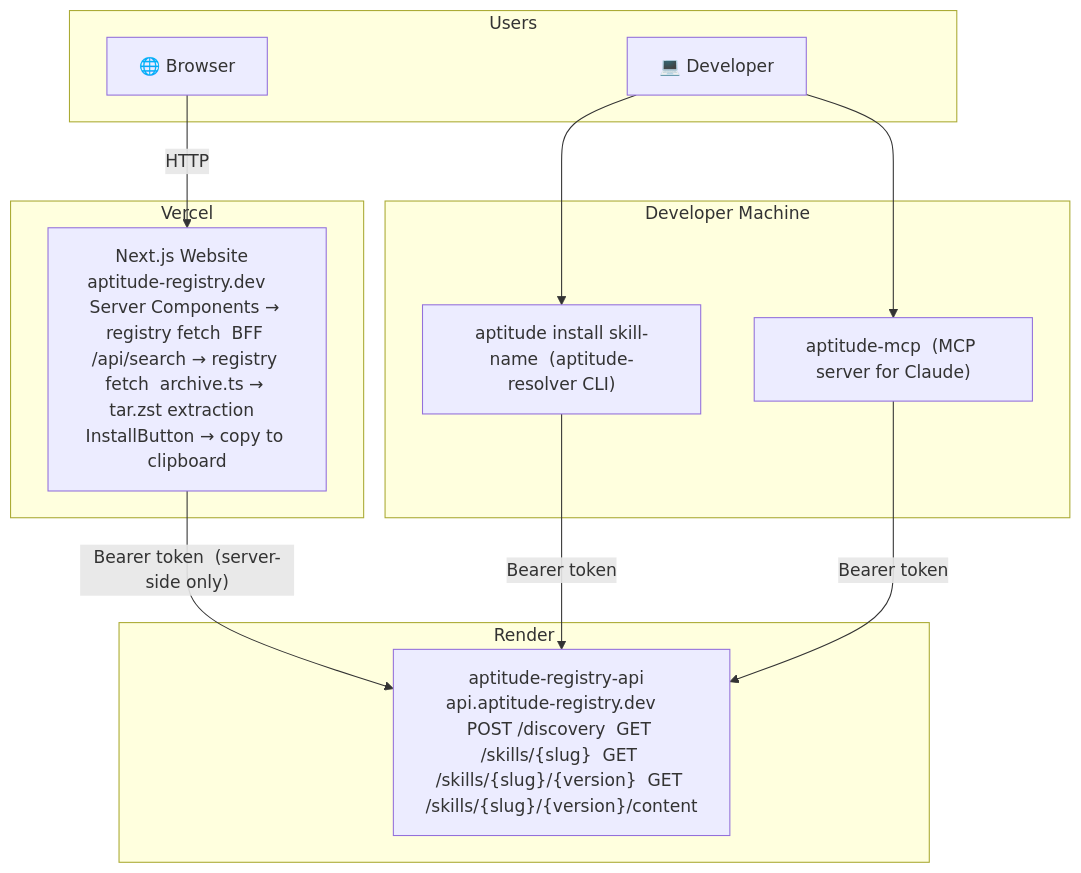
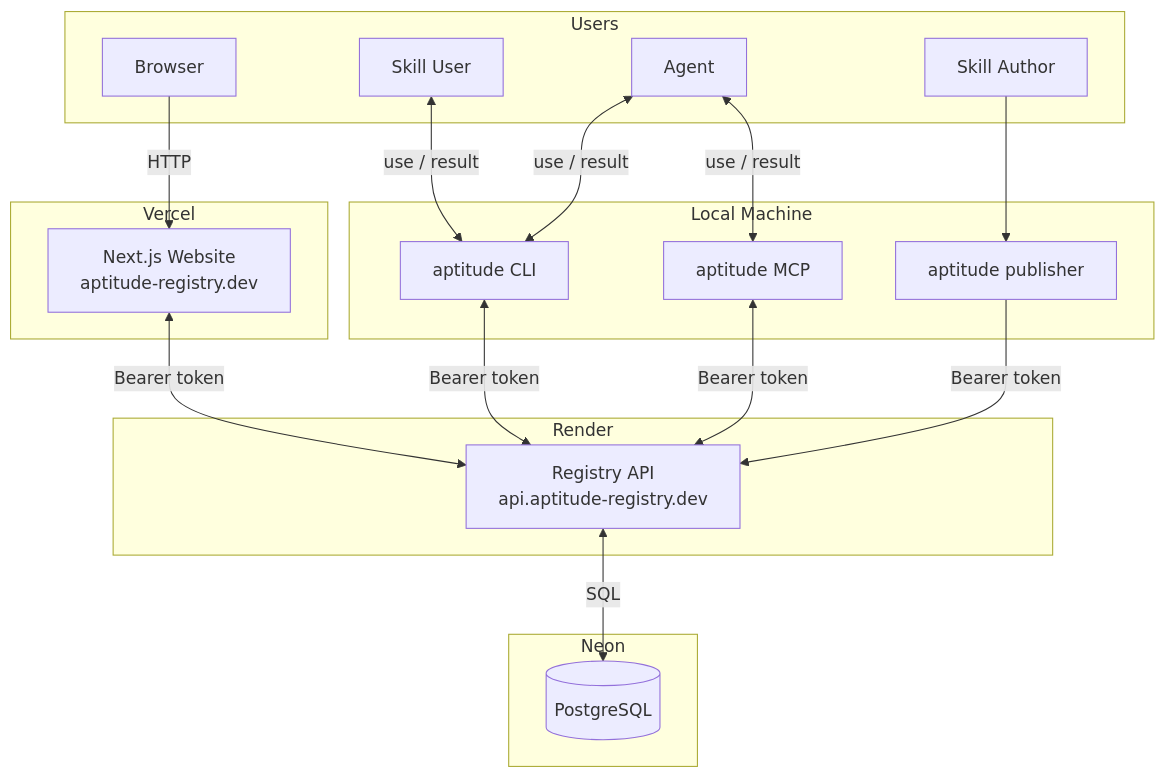
Before and after one commit to aptitude-stack/docs: the first of 3 diagrams in high-level-design.md, drawn with Mermaid. The commit also changed other lines of this file and 102 other files, not shown here.

````diff
--- a/high-level-design.md
+++ b/high-level-design.md
@@ -100,28 +31,39 @@
 ```mermaid
 graph TB
-    subgraph Users
-        Browser["🌐 Browser"]
-        Dev["💻 Developer"]
+    subgraph Users["Users"]
+        Browser["Browser"]
+        SkillUser["Skill User"]
+        Agent["Agent"]
+        SkillAuthor["Skill Author"]
+    end
+
+    subgraph Local["Local Machine"]
+        CLI["aptitude CLI"]
+        MCP["aptitude MCP"]
+        Publisher["aptitude publisher"]
+    end
+
+    subgraph Render["Render"]
+        Registry["Registry API\napi.aptitude-registry.dev"]
     end
 
     subgraph Vercel["Vercel"]
-        Website["Next.js Website  aptitude-registry.dev    Server Components → registry fetch  BFF /api/search → registry fetch  archive.ts → tar.zst extraction  InstallButton → copy to clipboard"]
+        Website["Next.js Website\naptitude-registry.dev"]
     end
 
-    subgraph Render["Render"]
-        Registry["aptitude-registry-api  api.aptitude-registry.dev    POST /discovery  GET /skills/{slug}  GET /skills/{slug}/{version}  GET /skills/{slug}/{version}/content"]
-    end
-
-    subgraph Local["Developer Machine"]
-        CLI["aptitude install skill-name  (aptitude-resolver CLI)"]
-        MCP["aptitude-mcp  (MCP server for Claude)"]
+    subgraph Neon["Neon"]
+        DB[("PostgreSQL")]
     end
 
     Browser -->|"HTTP"| Website
-    Website -->|"Bearer token  (server-side only)"| Registry
+    Website <-->|"Bearer token"| Registry
+    Registry <-->|"SQL"| DB
 
-    Dev --> CLI
-    Dev --> MCP
-    CLI -->|"Bearer token"| Registry
-    MCP -->|"Bearer token"| Registry
+    SkillUser <-->|"use / result"| CLI
+    Agent <-->|"use / result"| CLI
+    Agent <-->|"use / result"| MCP
+    SkillAuthor --> Publisher
+    CLI <-->|"Bearer token"| Registry
+    MCP <-->|"Bearer token"| Registry
+    Publisher -->|"Bearer token"| Registry
 ```
````
